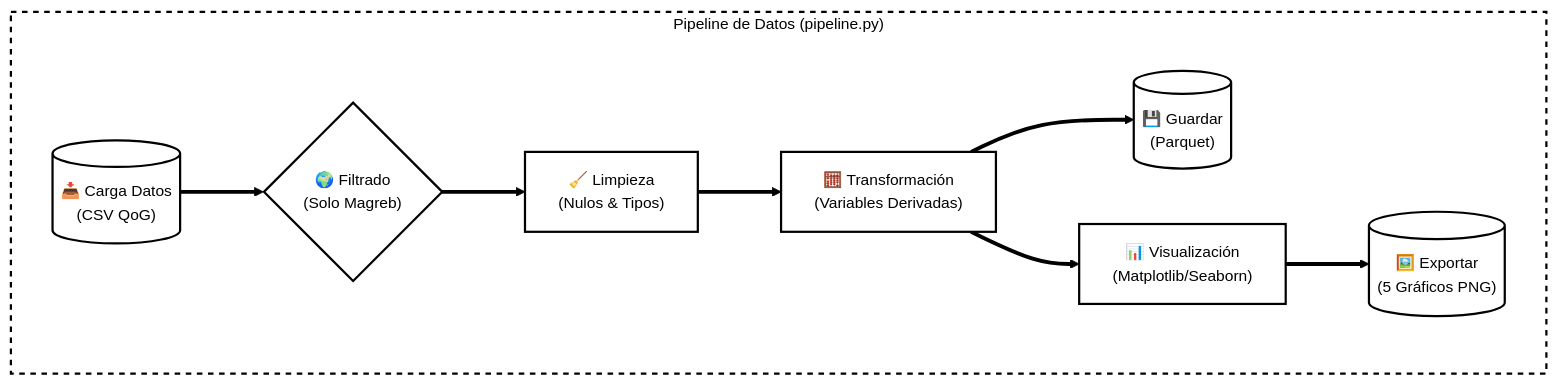
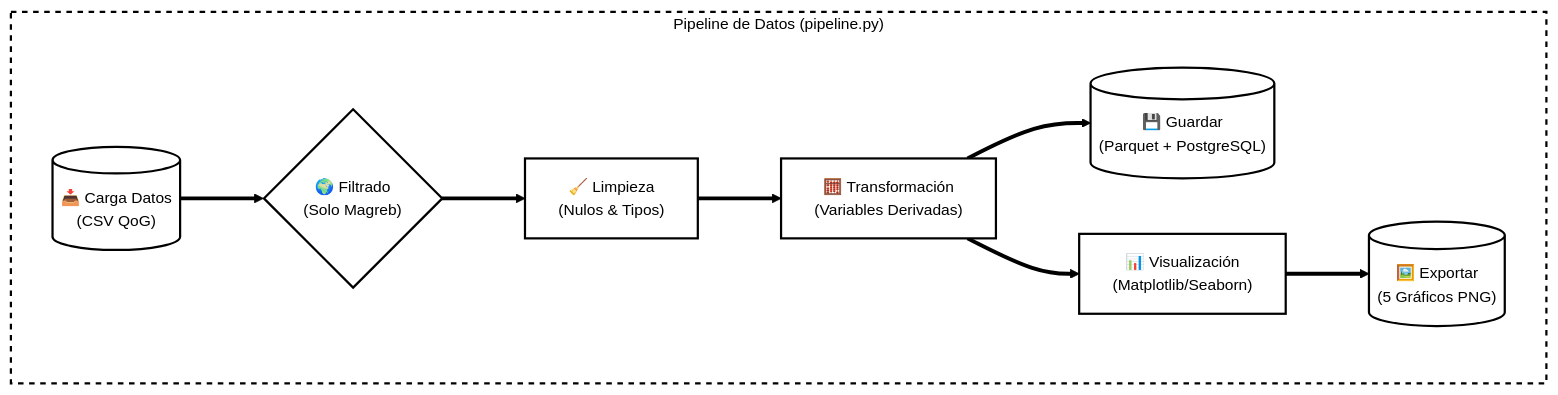
One commit to CarlosRivasplata/ejercicios-bigdata changed the second of 2 diagrams in entregas/trabajo_final/rivasplata_carlos/01_README.md. Above: the diagram before and after it, drawn with Mermaid. The commit also changed other lines of this file and 6 other files, not shown here.

````diff
--- a/entregas/trabajo_final/rivasplata_carlos/01_README.md
+++ b/entregas/trabajo_final/rivasplata_carlos/01_README.md
@@ -110,18 +110,18 @@
 ```mermaid
 %%{init: {'theme': 'base', 'themeVariables': { 'primaryColor': '#ffffff', 'edgeLabelBackground':'#ffffff', 'tertiaryColor': '#ffffff', 'mainBkg': '#ffffff', 'nodeBorder': '#000000', 'lineColor': '#000000', 'fontFamily': 'arial', 'fontSize': '14px'}}}%%
 graph LR
     subgraph ETL_Process ["Pipeline de Datos (pipeline.py)"]
         direction LR
         A[("📥 Carga Datos<br>(CSV QoG)")] ==> B{"🌍 Filtrado<br>(Solo Magreb)"}
         B ==> C["🧹 Limpieza<br>(Nulos & Tipos)"]
         C ==> D["🧮 Transformación<br>(Variables Derivadas)"]
-        D ==> E[("💾 Guardar<br>(Parquet)")]
+        D ==> E[("💾 Guardar<br>(Parquet + PostgreSQL)")]
         D ==> F["📊 Visualización<br>(Matplotlib/Seaborn)"]
         F ==> G[("🖼️ Exportar<br>(5 Gráficos PNG)")]
     end
     
     %% Estilos Globales Profesionales
     classDef default fill:#fff,stroke:#000,stroke-width:2px,color:#000;
     classDef cluster fill:#fff,stroke:#000,stroke-width:2px,color:#000,stroke-dasharray: 5 5;
     class ETL_Process cluster;
 ```
````
